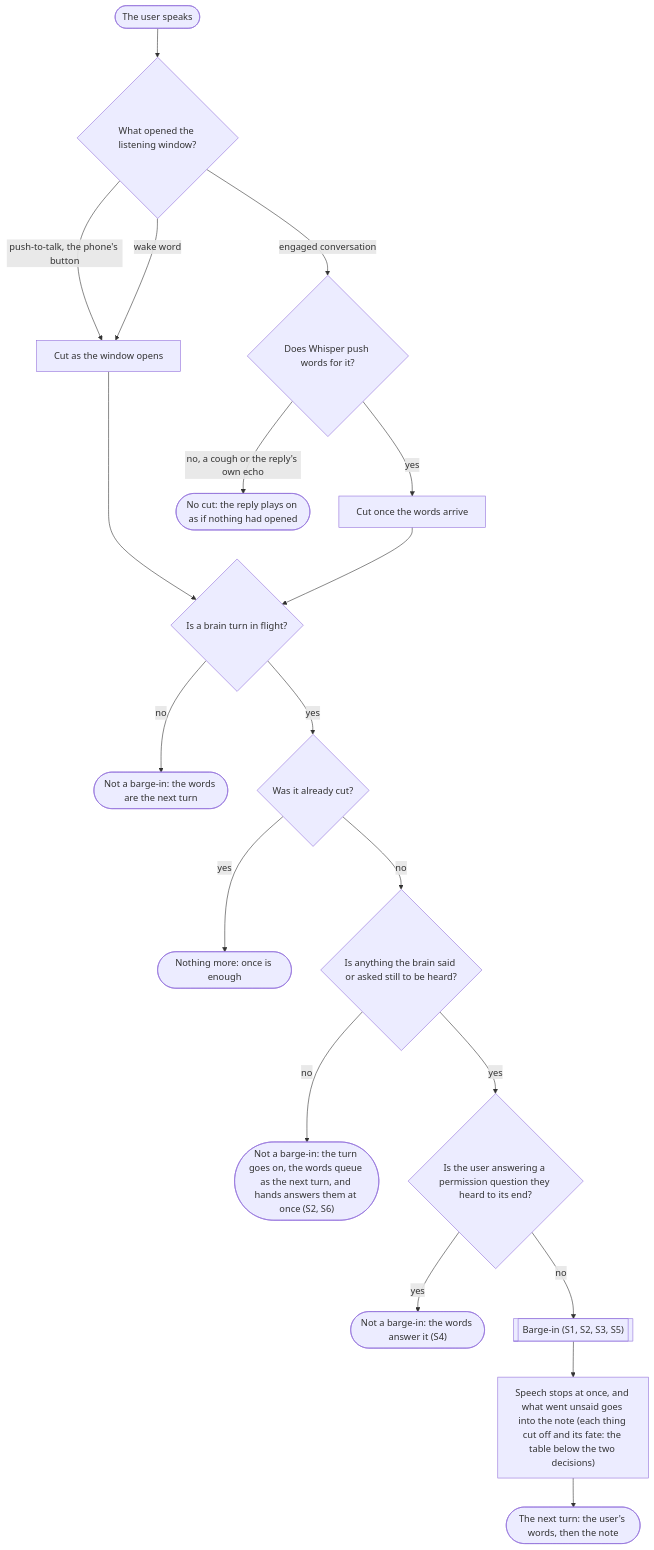
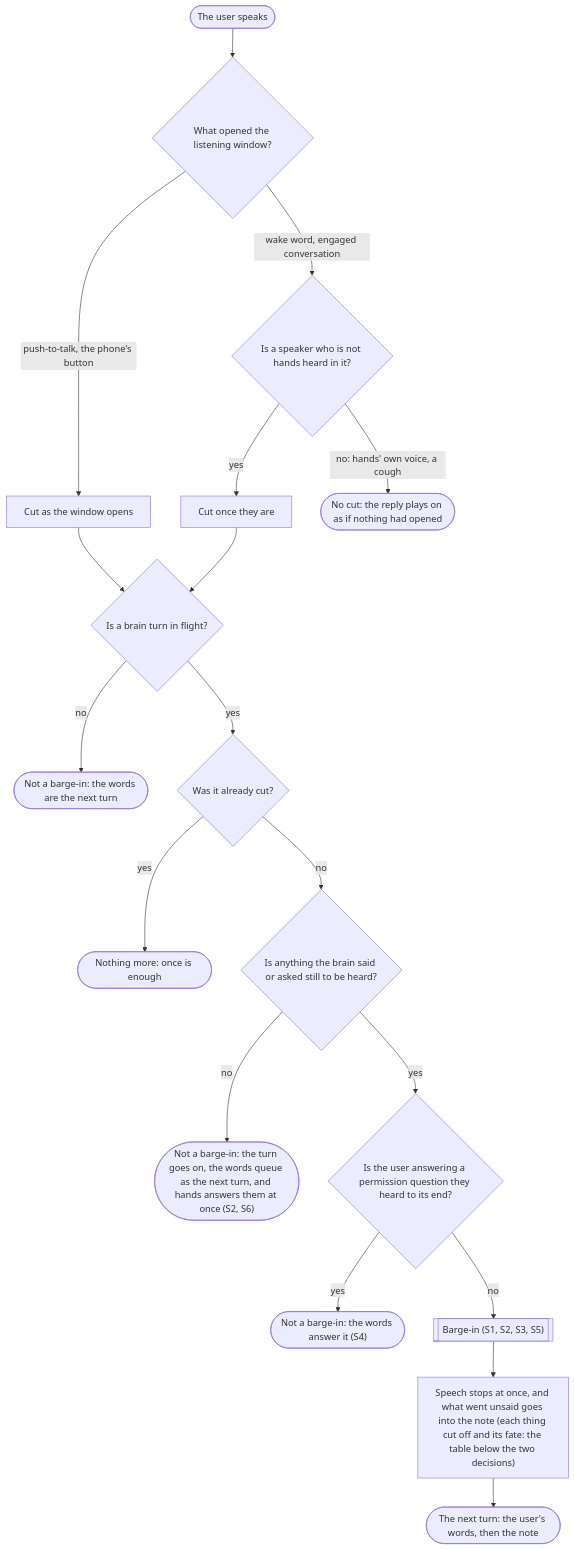
One commit to promptctl/cc-hands changed the first of 7 diagrams in docs/barge-in.md. Above: the diagram before and after it, drawn with Mermaid. The commit also changed other lines of this file and 19 other files, not shown here.

Commit message:
voice: only a speaker who is not hands cuts hands off, and each turn says how soon after their first word (promptctl-voice-i15t.8vg.idh)

````diff
--- a/docs/barge-in.md
+++ b/docs/barge-in.md
@@ -54,21 +53,20 @@
 ```mermaid
 flowchart TD
     speak(["The user speaks"]) --> opened{"What opened the listening window?"}
     opened -- "push-to-talk, the phone's button" --> now["Cut as the window opens"]
-    opened -- "wake word" --> now
-    opened -- "engaged conversation" --> whisper{"Does Whisper push words for it?"}
-    whisper -- "yes" --> words["Cut once the words arrive"]
-    whisper -- "no, a cough or the reply's own echo" --> nocut(["No cut: the reply plays on as if nothing had opened"])
+    opened -- "wake word, engaged conversation" --> whisper{"Is a speaker who is not hands heard in it?"}
+    whisper -- "yes" --> words["Cut once they are"]
+    whisper -- "no: hands' own voice, a cough" --> nocut(["No cut: the reply plays on as if nothing had opened"])
     now --> inflight{"Is a brain turn in flight?"}
     words --> inflight
     inflight -- "no" --> nextturn(["Not a barge-in: the words are the next turn"])
     inflight -- "yes" --> again{"Was it already cut?"}
     again -- "yes" --> once(["Nothing more: once is enough"])
     again -- "no" --> left{"Is anything the brain said or asked still to be heard?"}
     left -- "no" --> queue(["Not a barge-in: the turn goes on, the words queue as the next turn, and hands answers them at once (S2, S6)"])
     left -- "yes" --> heard{"Is the user answering a permission question they heard to its end?"}
     heard -- "yes" --> answer(["Not a barge-in: the words answer it (S4)"])
     heard -- "no" --> barge[["Barge-in (S1, S2, S3, S5)"]]
     barge --> fates["Speech stops at once, and what went unsaid goes into the note (each thing cut off and its fate: the table below the two decisions)"]
     fates --> note(["The next turn: the user's words, then the note"])
 ```
````
